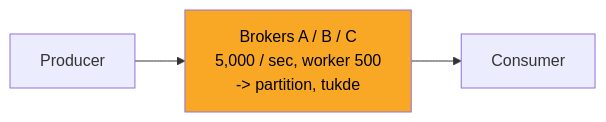
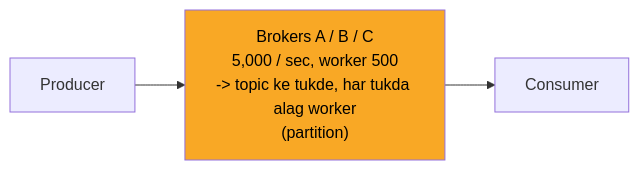
Before and after one commit to ArpanMaheshwari144/Prep: the third of 12 diagrams in 04_HLD/SYSTEM_DESIGNS/12_message_queue_kafka/12_message_queue_kafka.md, drawn with Mermaid. The commit also changed other lines of this file and 13 other files, not shown here.

````diff
--- a/04_HLD/SYSTEM_DESIGNS/12_message_queue_kafka/12_message_queue_kafka.md
+++ b/04_HLD/SYSTEM_DESIGNS/12_message_queue_kafka/12_message_queue_kafka.md
@@ -118,9 +118,9 @@
 ```mermaid
 flowchart LR
     n_P["Producer"]
-    n_B["Brokers A / B / C<br/>5,000 / sec, worker 500<br/>-> partition, tukde"]
+    n_B["Brokers A / B / C<br/>5,000 / sec, worker 500<br/>-> topic ke tukde, har tukda alag worker<br/>(partition)"]
     n_C["Consumer"]
     n_P --> n_B
     n_B --> n_C
     style n_B fill:#f9a825,color:#000
 ```
````
